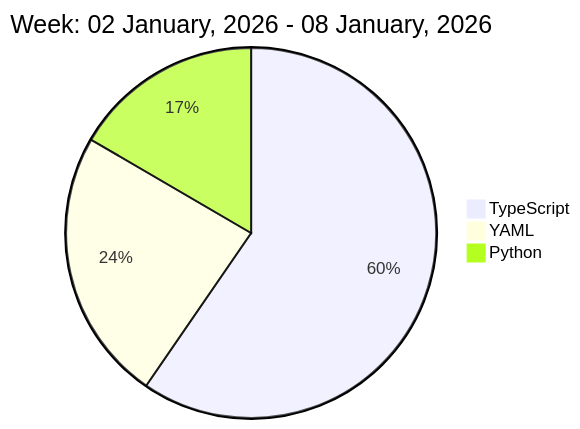
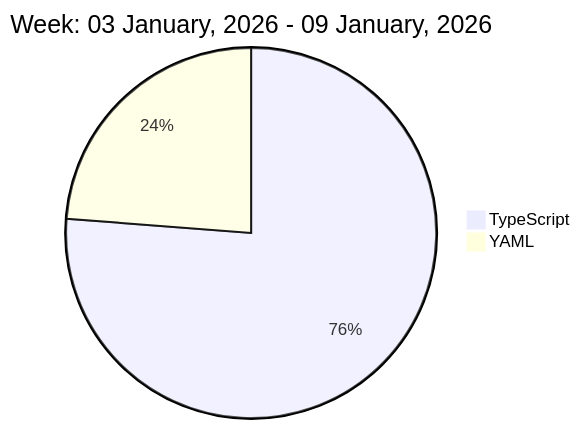
The diagram in README.md (liubin95/liubin95), drawn with Mermaid before and after one commit.

Commit message:
Updated the Graph with new Metrics

````diff
--- a/README.md
+++ b/README.md
@@ -37,7 +37,6 @@
 ```mermaid
  pie
-title Week: 02 January, 2026 - 08 January, 2026
- "TypeScript" : 7.18
- "YAML" : 2.87
- "Python" : 2.0
+title Week: 03 January, 2026 - 09 January, 2026
+ "TypeScript" : 9.3
+ "YAML" : 2.9
 ```
````
